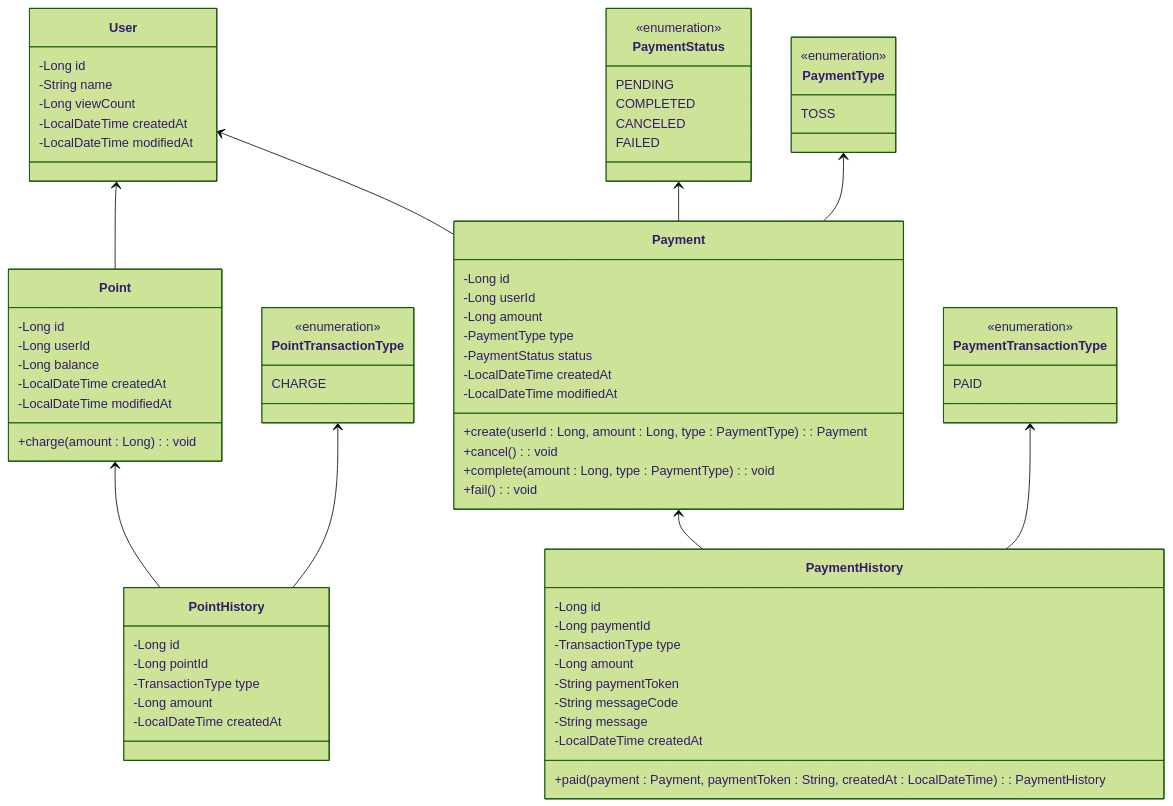
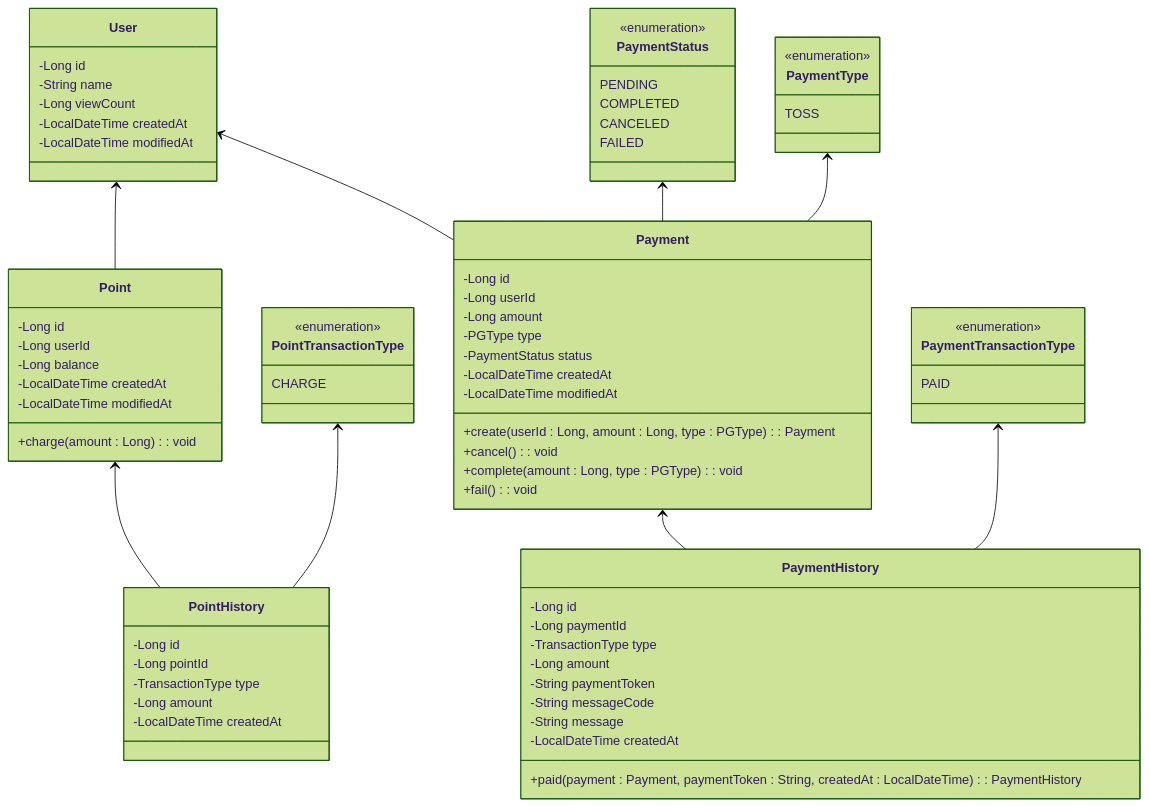
Before and after one commit to geonyeop123/pointly: the diagram in docs/classDiagram.md, drawn with Mermaid (forest theme). The commit also changed 12 other files, not shown here.

Commit message:
fix : paymentType -> pgType

````diff
--- a/docs/classDiagram.md
+++ b/docs/classDiagram.md
@@ -10,82 +10,82 @@
 ```mermaid
 classDiagram
     User<--Point
     User<--Payment
     PaymentStatus<--Payment
     PaymentType<--Payment
     Point<--PointHistory
     Payment<--PaymentHistory
     PaymentTransactionType<--PaymentHistory
     PointTransactionType<--PointHistory
     class User {
         -Long id
         -String name
         -Long viewCount
         -LocalDateTime createdAt
         -LocalDateTime modifiedAt
     }
     class Point {
         -Long id
         -Long userId
         -Long balance
         -LocalDateTime createdAt
         -LocalDateTime modifiedAt
         +charge(amount : Long) : void
     }
     class Payment {
         -Long id
         -Long userId
         -Long amount
-        -PaymentType type
+        -PGType type
         -PaymentStatus status
         -LocalDateTime createdAt
         -LocalDateTime modifiedAt
-        +create(userId : Long, amount : Long, type : PaymentType) : Payment
+        +create(userId : Long, amount : Long, type : PGType) : Payment
         +cancel() : void
-        +complete(amount : Long, type : PaymentType) : void
+        +complete(amount : Long, type : PGType) : void
         +fail() : void
     }
 
     class PaymentStatus {
         <<enumeration>>
         PENDING
         COMPLETED
         CANCELED
         FAILED
     }
 
     class PaymentType {
         <<enumeration>>
         TOSS
     }
 
     class PaymentHistory {
         -Long id
         -Long paymentId
         -TransactionType type
         -Long amount
         -String paymentToken
         -String messageCode
         -String message
         -LocalDateTime createdAt
         +paid(payment : Payment, paymentToken : String, createdAt : LocalDateTime) : PaymentHistory
     }
 
     class PaymentTransactionType {
         <<enumeration>>
         PAID
     }
     class PointHistory{
         -Long id
         -Long pointId
         -TransactionType type
         -Long amount
         -LocalDateTime createdAt
     }
     class PointTransactionType {
         <<enumeration>>
         CHARGE
     }
 
 
 ```
````
